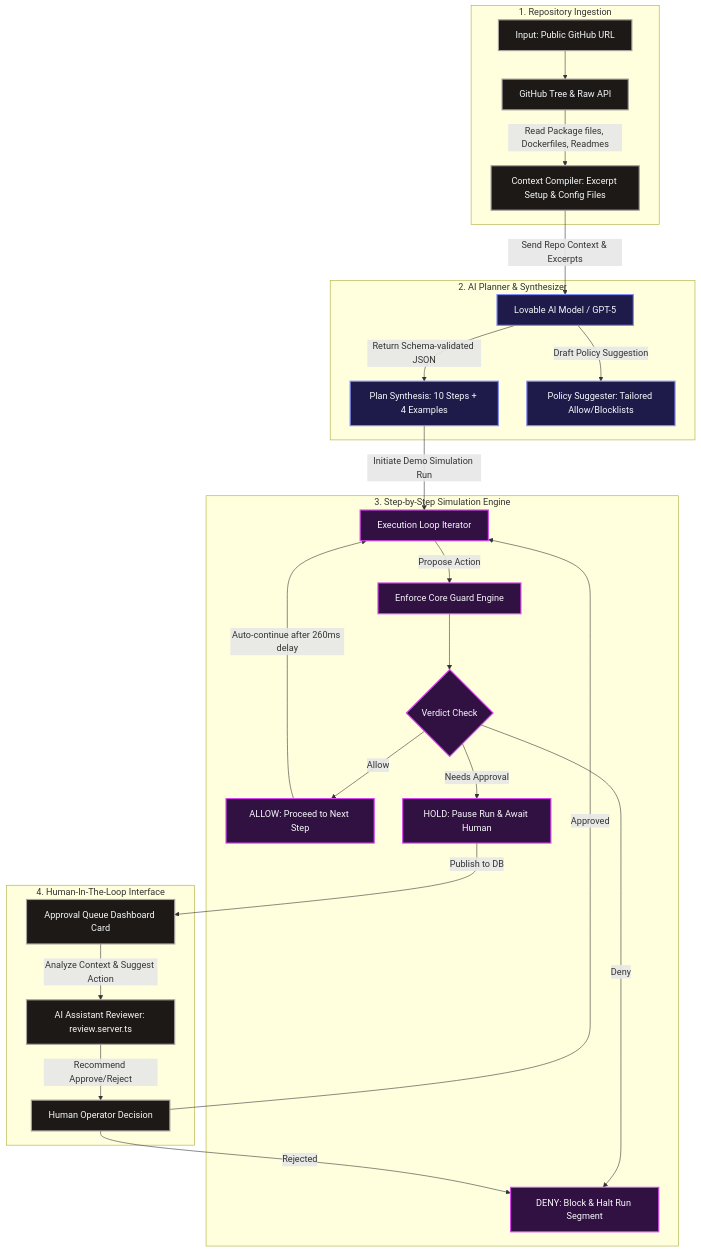
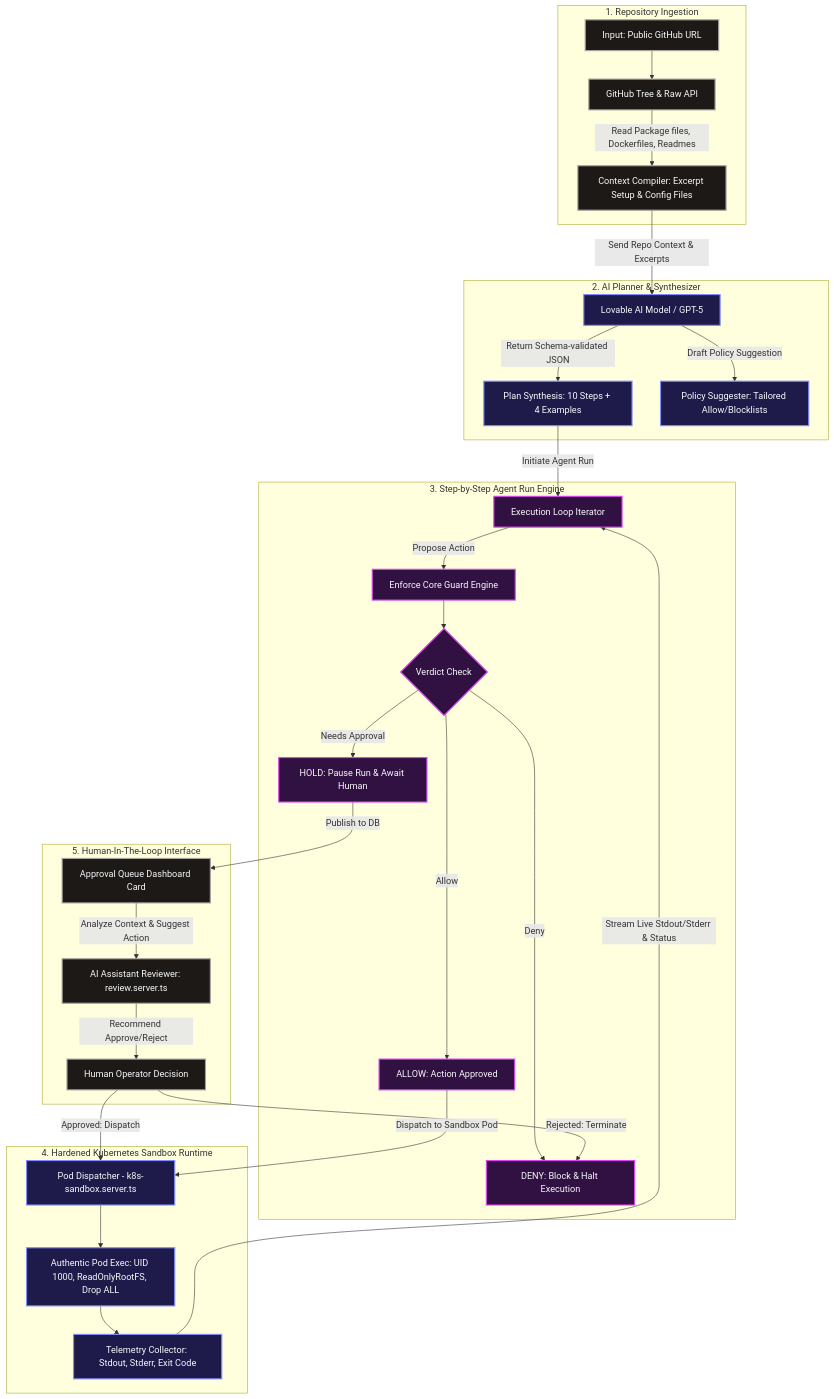
One commit to ritvikindupuri/Containment changed the second of 2 diagrams in TECHNICAL_DOCUMENTATION.md. Above: the diagram before and after it, drawn with Mermaid. The commit also changed other lines of this file and 21 other files, not shown here.

Commit message:
feat: upgrade to authentic Kubernetes sandbox runtime with defense-in-depth and live execution HUD

````diff
--- a/TECHNICAL_DOCUMENTATION.md
+++ b/TECHNICAL_DOCUMENTATION.md
@@ -142,58 +157,68 @@
 ```mermaid
 graph TD
     %% Styling
     classDef core fill:#1e1b4b,stroke:#818cf8,stroke-width:2px,color:#f8fafc;
     classDef step fill:#311042,stroke:#d946ef,stroke-width:2px,color:#f8fafc;
     classDef flow fill:#1c1917,stroke:#a8a29e,stroke-width:2px,color:#f8fafc;
 
     subgraph Repo Ingestion [1. Repository Ingestion]
         URL[Input: Public GitHub URL]:::flow
         GH_API[GitHub Tree & Raw API]:::flow
         CONTEXT[Context Compiler: Excerpt Setup & Config Files]:::flow
     end
 
     subgraph AI Planner [2. AI Planner & Synthesizer]
         MODEL[Lovable AI Model / GPT-5]:::core
         PLAN[Plan Synthesis: 10 Steps + 4 Examples]:::core
         SUGGESTION[Policy Suggester: Tailored Allow/Blocklists]:::core
     end
 
-    subgraph Live Run [3. Step-by-Step Simulation Engine]
+    subgraph Live Run [3. Step-by-Step Agent Run Engine]
         EXEC_LOOP[Execution Loop Iterator]:::step
         CALL_GUARD[Enforce Core Guard Engine]:::step
         DECIDE{Verdict Check}:::step
-        VAL_ALLOW[ALLOW: Proceed to Next Step]:::step
+        VAL_ALLOW[ALLOW: Action Approved]:::step
         VAL_HOLD[HOLD: Pause Run & Await Human]:::step
-        VAL_DENY[DENY: Block & Halt Run Segment]:::step
+        VAL_DENY[DENY: Block & Halt Execution]:::step
     end
 
-    subgraph User Approval [4. Human-In-The-Loop Interface]
+    subgraph Sandbox Runtime [4. Hardened Kubernetes Sandbox Runtime]
+        K8S_DISPATCH[Pod Dispatcher - k8s-sandbox.server.ts]:::core
+        K8S_EXEC[Authentic Pod Exec: UID 1000, ReadOnlyRootFS, Drop ALL]:::core
+        K8S_TELEMETRY[Telemetry Collector: Stdout, Stderr, Exit Code]:::core
+    end
+
+    subgraph User Approval [5. Human-In-The-Loop Interface]
         QA[Approval Queue Dashboard Card]:::flow
         COGNITIVE[AI Assistant Reviewer: review.server.ts]:::flow
         OPERATOR[Human Operator Decision]:::flow
     end
 
     %% Flow lines
     URL --> GH_API
     GH_API --> |Read Package files, Dockerfiles, Readmes| CONTEXT
     CONTEXT --> |Send Repo Context & Excerpts| MODEL
     MODEL --> |Return Schema-validated JSON| PLAN
     MODEL --> |Draft Policy Suggestion| SUGGESTION
 
     %% Loop Iterations
-    PLAN --> |Initiate Demo Simulation Run| EXEC_LOOP
+    PLAN --> |Initiate Agent Run| EXEC_LOOP
     EXEC_LOOP --> |Propose Action| CALL_GUARD
     CALL_GUARD --> DECIDE
 
     DECIDE --> |Allow| VAL_ALLOW
     DECIDE --> |Needs Approval| VAL_HOLD
     DECIDE --> |Deny| VAL_DENY
 
-    VAL_ALLOW --> |Auto-continue after 260ms delay| EXEC_LOOP
+    VAL_ALLOW --> |Dispatch to Sandbox Pod| K8S_DISPATCH
+    K8S_DISPATCH --> K8S_EXEC
+    K8S_EXEC --> K8S_TELEMETRY
+    K8S_TELEMETRY --> |Stream Live Stdout/Stderr & Status| EXEC_LOOP
+
     VAL_HOLD --> |Publish to DB| QA
     QA --> |Analyze Context & Suggest Action| COGNITIVE
     COGNITIVE --> |Recommend Approve/Reject| OPERATOR
-    OPERATOR --> |Approved| EXEC_LOOP
-    OPERATOR --> |Rejected| VAL_DENY
+    OPERATOR --> |Approved: Dispatch| K8S_DISPATCH
+    OPERATOR --> |Rejected: Terminate| VAL_DENY
 
 ```
````
